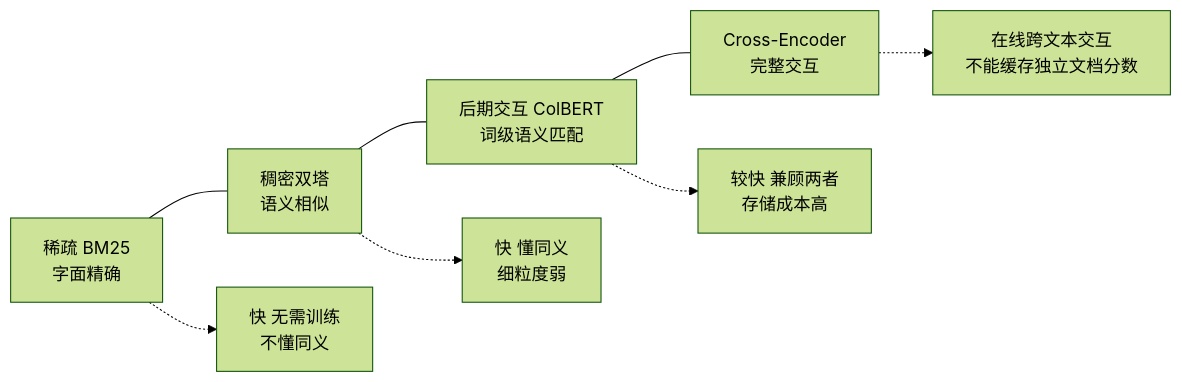
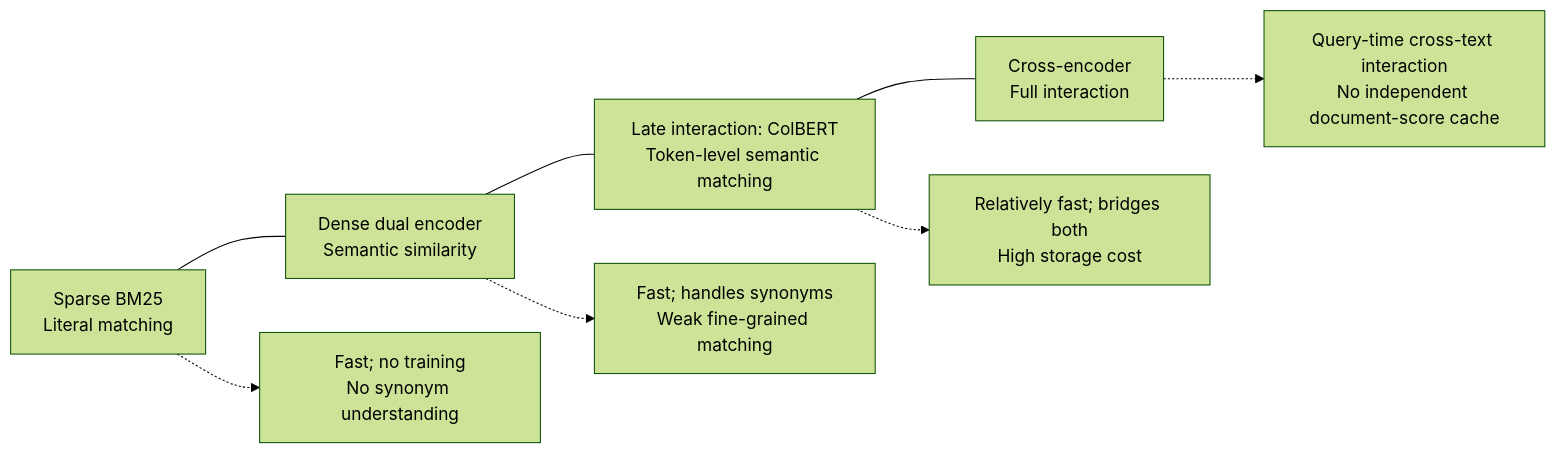
One commit to oneleaveknowsthefall/awesome-ai-roadmap changed the first of 2 diagrams in docs/rag/03-retrieval/11-retrieval-paradigms.md. Above: the diagram before and after it, drawn with Mermaid (forest theme). The commit also changed other lines of this file and 60 other files, not shown here.

````diff
--- a/docs/rag/03-retrieval/11-retrieval-paradigms.md
+++ b/docs/rag/03-retrieval/11-retrieval-paradigms.md
@@ -80,11 +80,11 @@
 ```mermaid
 flowchart LR
-    A[稀疏 BM25<br/>字面精确] --- B[稠密双塔<br/>语义相似]
-    B --- C[后期交互 ColBERT<br/>词级语义匹配]
-    C --- D[Cross-Encoder<br/>完整交互]
+    A[Sparse BM25<br/>Literal matching] --- B[Dense dual encoder<br/>Semantic similarity]
+    B --- C[Late interaction: ColBERT<br/>Token-level semantic matching]
+    C --- D[Cross-encoder<br/>Full interaction]
 
-    A -.-> A1[快 无需训练<br/>不懂同义]
-    B -.-> B1[快 懂同义<br/>细粒度弱]
-    C -.-> C1[较快 兼顾两者<br/>存储成本高]
-    D -.-> D1[在线跨文本交互<br/>不能缓存独立文档分数]
+    A -.-> A1[Fast; no training<br/>No synonym understanding]
+    B -.-> B1[Fast; handles synonyms<br/>Weak fine-grained matching]
+    C -.-> C1[Relatively fast; bridges both<br/>High storage cost]
+    D -.-> D1[Query-time cross-text interaction<br/>No independent document-score cache]
 ```
````
